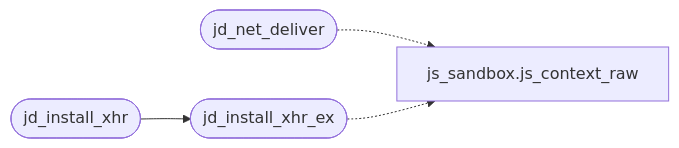
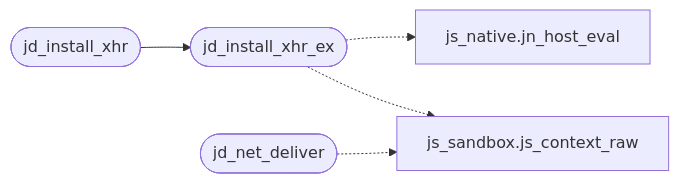
The diagram in readmenator-apidocs/modules/src.js_fetch.c.md (grisuno/FreeDom), drawn with Mermaid before and after one commit. The commit also changed other lines of this file and 248 other files, not shown here.

````diff
--- a/readmenator-apidocs/modules/src.js_fetch.c.md
+++ b/readmenator-apidocs/modules/src.js_fetch.c.md
@@ -14,10 +14,12 @@
 ```mermaid
 flowchart LR
     n_src_js_fetch_c__jd_install_xhr(["jd_install_xhr"])
     n_src_js_fetch_c__jd_install_xhr_ex(["jd_install_xhr_ex"])
     n_src_js_fetch_c__jd_net_deliver(["jd_net_deliver"])
     n_src_js_sandbox_c__js_context_raw["js_sandbox.js_context_raw"]
+    n_src_js_native_c__jn_host_eval["js_native.jn_host_eval"]
     n_src_js_fetch_c__jd_install_xhr --> n_src_js_fetch_c__jd_install_xhr_ex
     n_src_js_fetch_c__jd_net_deliver -.-> n_src_js_sandbox_c__js_context_raw
+    n_src_js_fetch_c__jd_install_xhr_ex -.-> n_src_js_native_c__jn_host_eval
     n_src_js_fetch_c__jd_install_xhr_ex -.-> n_src_js_sandbox_c__js_context_raw
 ```
````
